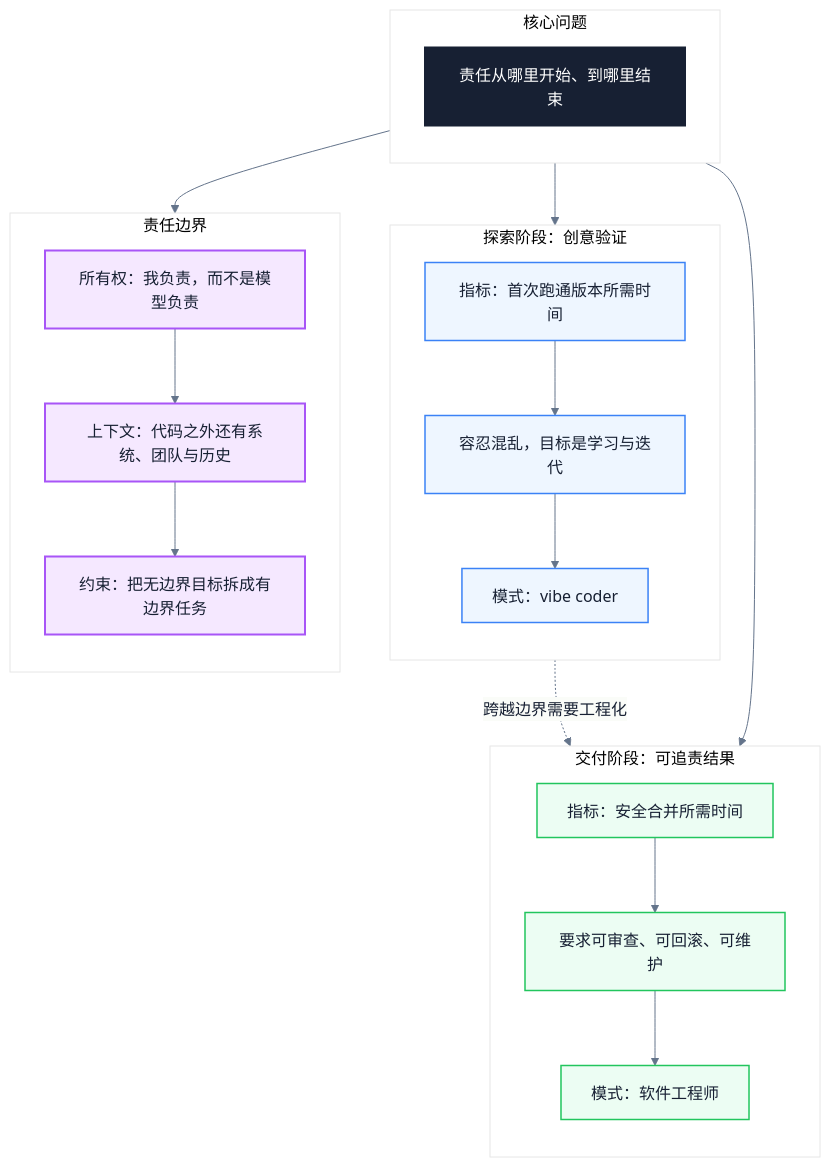
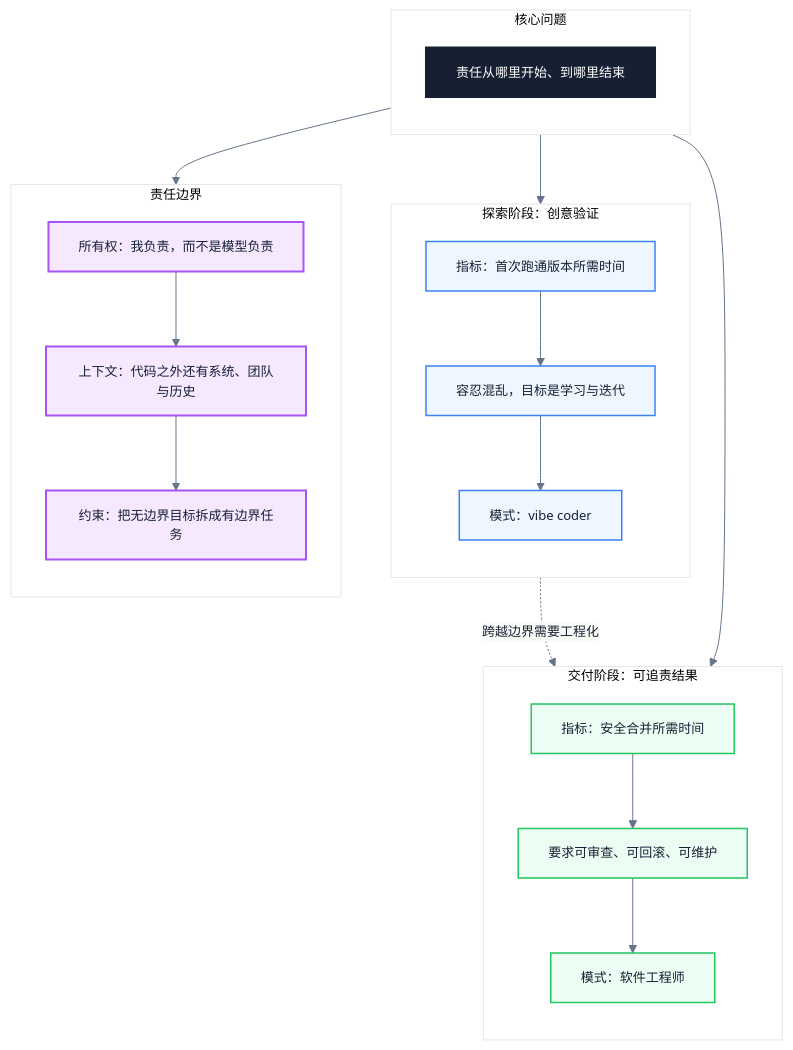
One commit to Fatejian/frontier-vault changed the diagram in docs/career/vibe-coder-vs-software-engineer.md. Above: the diagram before and after it, drawn with Mermaid. The commit also changed other lines of this file and 37 other files, not shown here.

````diff
--- a/docs/career/vibe-coder-vs-software-engineer.md
+++ b/docs/career/vibe-coder-vs-software-engineer.md
@@ -178,48 +178,48 @@
 ```mermaid
-%%{init: {'theme': 'base', 'themeVariables': { 'fontFamily': 'Inter, PingFang SC, Microsoft YaHei, sans-serif', 'primaryColor': '#F8FAFC', 'primaryTextColor': '#172033', 'primaryBorderColor': '#CBD5E1', 'lineColor': '#64748B'}}}%%
+%%{init: {'theme': 'base', 'themeVariables': { 'fontFamily': 'Inter, PingFang SC, Microsoft YaHei, sans-serif', 'primaryColor': '#F8FAFC', 'primaryTextColor': '#172033', 'primaryBorderColor': '#CBD5E1', 'lineColor': '#64748B', 'fontSize': '13px'}}}%%
 flowchart TB
     subgraph CORE["核心问题"]
         direction TB
         C["责任从哪里开始、到哪里结束"]
     end
 
     subgraph EXPLORE["探索阶段：创意验证"]
         direction TB
         E1["指标：首次跑通版本所需时间"]
         E2["容忍混乱，目标是学习与迭代"]
         E3["模式：vibe coder"]
     end
 
     subgraph DELIVER["交付阶段：可追责结果"]
         direction TB
         D1["指标：安全合并所需时间"]
         D2["要求可审查、可回滚、可维护"]
         D3["模式：软件工程师"]
     end
 
     subgraph BOUNDARY["责任边界"]
         direction TB
         B1["所有权：我负责，而不是模型负责"]
         B2["上下文：代码之外还有系统、团队与历史"]
         B3["约束：把无边界目标拆成有边界任务"]
     end
 
     C --> E1
     C --> D1
     C --> B1
     E1 --> E2 --> E3
     D1 --> D2 --> D3
     B1 --> B2 --> B3
     E3 -.->|"跨越边界需要工程化"| D3
 
     classDef core fill:#172033,color:#fff,stroke:#172033,stroke-width:2px
     classDef wait fill:#EEF6FF,stroke:#3B82F6,color:#172033,stroke-width:1.5px
     classDef block fill:#FFF7E6,stroke:#F59E0B,color:#172033,stroke-width:1.5px
     classDef work fill:#ECFDF3,stroke:#22C55E,color:#172033,stroke-width:1.5px
     classDef metric fill:#F5E8FF,stroke:#A855F7,color:#172033,stroke-width:2px
 
     class C core
     class E1,E2,E3 wait
     class D1,D2,D3 work
     class B1,B2,B3 metric
 ```
````
